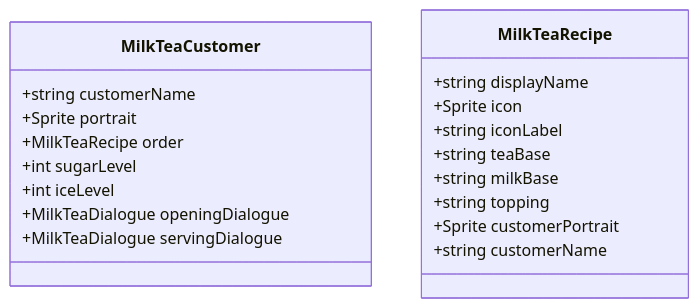
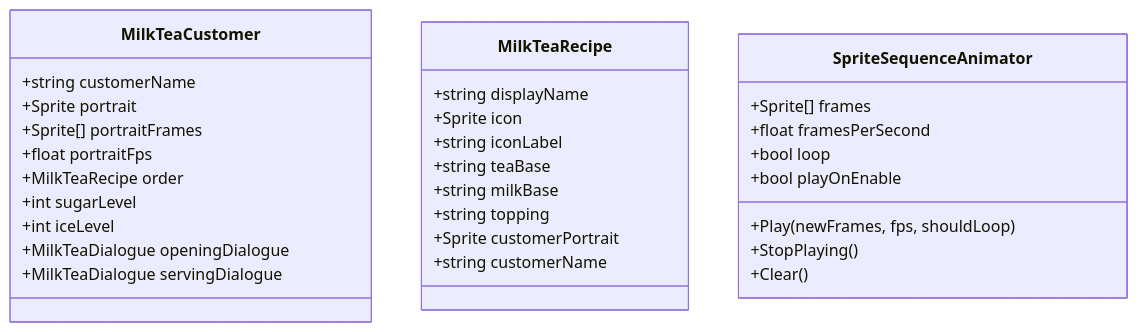
One commit to Thanatos42/-demo changed the seventh of 10 diagrams in .qoder/repowiki/zh/content/原料管理机制.md. Above: the diagram before and after it, drawn with Mermaid. The commit also changed other lines of this file and 56 other files, not shown here.

````diff
--- a/.qoder/repowiki/zh/content/原料管理机制.md
+++ b/.qoder/repowiki/zh/content/原料管理机制.md
@@ -285,22 +308,33 @@
 ```mermaid
 classDiagram
 class MilkTeaCustomer {
 +string customerName
 +Sprite portrait
++Sprite[] portraitFrames
++float portraitFps
 +MilkTeaRecipe order
 +int sugarLevel
 +int iceLevel
 +MilkTeaDialogue openingDialogue
 +MilkTeaDialogue servingDialogue
 }
 class MilkTeaRecipe {
 +string displayName
 +Sprite icon
 +string iconLabel
 +string teaBase
 +string milkBase
 +string topping
 +Sprite customerPortrait
 +string customerName
 }
+class SpriteSequenceAnimator {
++Sprite[] frames
++float framesPerSecond
++bool loop
++bool playOnEnable
++Play(newFrames, fps, shouldLoop)
++StopPlaying()
++Clear()
+}
 ```
````
